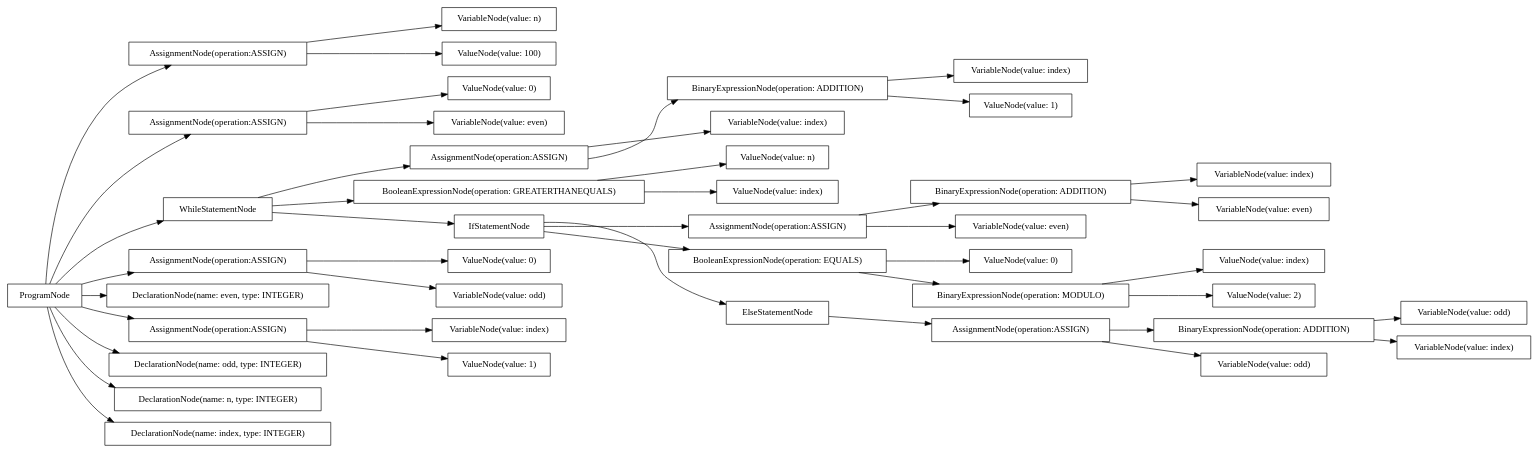
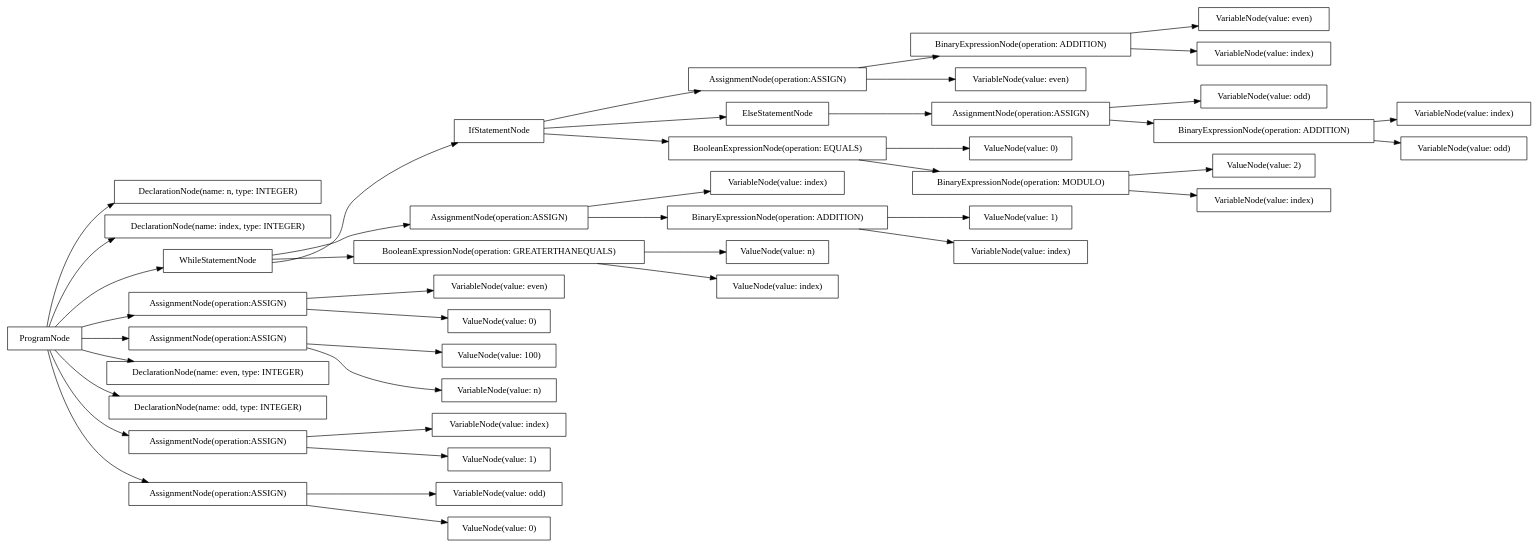
Before and after one commit to AtLeastITry/ANTLR-Python-Compiler: the diagram in src/output/dot/odd_even.dot, drawn with Graphviz. The commit also changed 10 other files, not shown here.

```diff
--- a/src/output/dot/odd_even.dot
+++ b/src/output/dot/odd_even.dot
@@ -1,88 +1,88 @@
 digraph G {
 rankdir=LR
-"753dfb2f-620b-42c6-a9d7-91268373e91d" [label="ValueNode(value: 0)" shape="box"];
-"4cf6f9d4-3da2-4162-85f4-f4a85956876c" [label="AssignmentNode(operation:ASSIGN)" shape="box"];
-"47fc939d-7273-4977-954e-30584877de81" [label="AssignmentNode(operation:ASSIGN)" shape="box"];
-"773d7a74-64db-48f8-aa7b-1a348060a783" [label="AssignmentNode(operation:ASSIGN)" shape="box"];
-"0b7415dc-db29-449b-9845-3e569f58e4d8" [label="VariableNode(value: index)" shape="box"];
-"9357bfbb-cac6-4e10-b80b-9eadad3155a4" [label="AssignmentNode(operation:ASSIGN)" shape="box"];
-"30ff0f3e-0ece-4df1-ad61-7bb810f99b94" [label="ValueNode(value: 0)" shape="box"];
-"af0234cf-3f51-457c-8fdb-8ffb889695dc" [label="WhileStatementNode" shape="box"];
-"ce6f2fc8-8729-436d-a88f-3a134beac519" [label="VariableNode(value: odd)" shape="box"];
-"28de2c49-8ba6-49df-ada4-3b997a7be4e5" [label="AssignmentNode(operation:ASSIGN)" shape="box"];
-"dbf66f4a-32f4-44d8-a51a-9a4fdb7111e6" [label="BinaryExpressionNode(operation: ADDITION)" shape="box"];
-"589eba7e-d633-4c3c-849c-5d12bdfb020f" [label="BinaryExpressionNode(operation: ADDITION)" shape="box"];
-"089a469b-e0bc-401a-806d-edad80e32f92" [label="AssignmentNode(operation:ASSIGN)" shape="box"];
-"fc1a16c2-6821-4322-97b3-eafcff443948" [label="ValueNode(value: n)" shape="box"];
-"58cc89b1-7d33-415e-a6bc-0b2bfecffa91" [label="ValueNode(value: index)" shape="box"];
-"183c74fe-2860-4af3-a642-77ec7a7fef1a" [label="ProgramNode" shape="box"];
-"c4ba3ade-bf66-4bcd-a299-d5367df56649" [label="DeclarationNode(name: even, type: INTEGER)" shape="box"];
-"9911709b-2c67-4142-a8dd-169b40601b94" [label="ValueNode(value: index)" shape="box"];
-"6eb0c24d-06ce-4223-8437-9da229c6909d" [label="BooleanExpressionNode(operation: GREATERTHANEQUALS)" shape="box"];
-"3f8842bf-5236-4f2b-b885-dad0e8d539b4" [label="IfStatementNode" shape="box"];
-"e69c4107-1d78-4855-990c-6e8a46cb3ee4" [label="VariableNode(value: odd)" shape="box"];
-"65042a74-4a1a-4ac9-b115-6c72d5520cb7" [label="AssignmentNode(operation:ASSIGN)" shape="box"];
-"643d0d66-bcf2-497d-b6b0-c0ee6a32d019" [label="VariableNode(value: index)" shape="box"];
-"707f5cdf-a01f-4434-9d32-6add8a7f2fba" [label="ValueNode(value: 2)" shape="box"];
-"a767d9a7-1128-455a-a61d-79d978cdd91f" [label="VariableNode(value: n)" shape="box"];
-"31bde8a9-9330-4aff-93e7-7a51b9d68b1e" [label="DeclarationNode(name: odd, type: INTEGER)" shape="box"];
-"aef4ed66-40d2-44ac-bf04-76fecc7b49c5" [label="BooleanExpressionNode(operation: EQUALS)" shape="box"];
-"10aac1ec-1829-4676-8026-cfc72c3390a2" [label="ValueNode(value: 1)" shape="box"];
-"1b419b58-beaa-4fc1-ba9f-92dbe2d298ce" [label="BinaryExpressionNode(operation: MODULO)" shape="box"];
-"735dffdd-f8f8-4332-8fb7-11ebcad6f8aa" [label="BinaryExpressionNode(operation: ADDITION)" shape="box"];
-"e0e64e8b-c363-442e-b3c4-d32e42ff985e" [label="DeclarationNode(name: n, type: INTEGER)" shape="box"];
-"e3ef9c52-f1a4-4555-a483-06a45983b603" [label="DeclarationNode(name: index, type: INTEGER)" shape="box"];
-"e4d84f3a-6aee-41ec-9e3d-f76e4b6b27f5" [label="ValueNode(value: 100)" shape="box"];
-"2b8891c6-f699-4b7d-9ffc-0270f8ae99e5" [label="ElseStatementNode" shape="box"];
-"18e1b9bf-3e61-466e-bf6b-86c1c0de0257" [label="VariableNode(value: index)" shape="box"];
-"e6f5c821-e38d-4c52-889c-c7db30057dfa" [label="ValueNode(value: 0)" shape="box"];
-"c30ddf3b-ca30-4efe-a760-66037cebc904" [label="VariableNode(value: index)" shape="box"];
-"8e38118c-b137-41ac-82e4-c013c7f1521c" [label="ValueNode(value: 1)" shape="box"];
-"3bcb4b8f-152c-4f56-81d0-7310501f8999" [label="VariableNode(value: even)" shape="box"];
-"c9c58b15-3268-48ff-9fd6-4a165b71d38f" [label="VariableNode(value: even)" shape="box"];
-"fa253ea8-26b2-4c3b-a002-ba1ea518e93d" [label="VariableNode(value: even)" shape="box"];
-"a6f455ea-1059-4811-aa4e-15bd961e2b05" [label="VariableNode(value: index)" shape="box"];
-"ab5d8179-ee67-46e2-a555-ff078ca984a5" [label="VariableNode(value: odd)" shape="box"];
-"183c74fe-2860-4af3-a642-77ec7a7fef1a" -> "e0e64e8b-c363-442e-b3c4-d32e42ff985e";
-"183c74fe-2860-4af3-a642-77ec7a7fef1a" -> "31bde8a9-9330-4aff-93e7-7a51b9d68b1e";
-"183c74fe-2860-4af3-a642-77ec7a7fef1a" -> "c4ba3ade-bf66-4bcd-a299-d5367df56649";
-"183c74fe-2860-4af3-a642-77ec7a7fef1a" -> "e3ef9c52-f1a4-4555-a483-06a45983b603";
-"183c74fe-2860-4af3-a642-77ec7a7fef1a" -> "47fc939d-7273-4977-954e-30584877de81";
-"47fc939d-7273-4977-954e-30584877de81" -> "a767d9a7-1128-455a-a61d-79d978cdd91f";
-"47fc939d-7273-4977-954e-30584877de81" -> "e4d84f3a-6aee-41ec-9e3d-f76e4b6b27f5";
-"183c74fe-2860-4af3-a642-77ec7a7fef1a" -> "089a469b-e0bc-401a-806d-edad80e32f92";
-"089a469b-e0bc-401a-806d-edad80e32f92" -> "ce6f2fc8-8729-436d-a88f-3a134beac519";
-"089a469b-e0bc-401a-806d-edad80e32f92" -> "30ff0f3e-0ece-4df1-ad61-7bb810f99b94";
-"183c74fe-2860-4af3-a642-77ec7a7fef1a" -> "773d7a74-64db-48f8-aa7b-1a348060a783";
-"773d7a74-64db-48f8-aa7b-1a348060a783" -> "c9c58b15-3268-48ff-9fd6-4a165b71d38f";
-"773d7a74-64db-48f8-aa7b-1a348060a783" -> "e6f5c821-e38d-4c52-889c-c7db30057dfa";
-"183c74fe-2860-4af3-a642-77ec7a7fef1a" -> "65042a74-4a1a-4ac9-b115-6c72d5520cb7";
-"65042a74-4a1a-4ac9-b115-6c72d5520cb7" -> "643d0d66-bcf2-497d-b6b0-c0ee6a32d019";
-"65042a74-4a1a-4ac9-b115-6c72d5520cb7" -> "10aac1ec-1829-4676-8026-cfc72c3390a2";
-"183c74fe-2860-4af3-a642-77ec7a7fef1a" -> "af0234cf-3f51-457c-8fdb-8ffb889695dc";
-"af0234cf-3f51-457c-8fdb-8ffb889695dc" -> "6eb0c24d-06ce-4223-8437-9da229c6909d";
-"6eb0c24d-06ce-4223-8437-9da229c6909d" -> "9911709b-2c67-4142-a8dd-169b40601b94";
-"6eb0c24d-06ce-4223-8437-9da229c6909d" -> "fc1a16c2-6821-4322-97b3-eafcff443948";
-"af0234cf-3f51-457c-8fdb-8ffb889695dc" -> "3f8842bf-5236-4f2b-b885-dad0e8d539b4";
-"3f8842bf-5236-4f2b-b885-dad0e8d539b4" -> "aef4ed66-40d2-44ac-bf04-76fecc7b49c5";
-"aef4ed66-40d2-44ac-bf04-76fecc7b49c5" -> "1b419b58-beaa-4fc1-ba9f-92dbe2d298ce";
-"1b419b58-beaa-4fc1-ba9f-92dbe2d298ce" -> "58cc89b1-7d33-415e-a6bc-0b2bfecffa91";
-"1b419b58-beaa-4fc1-ba9f-92dbe2d298ce" -> "707f5cdf-a01f-4434-9d32-6add8a7f2fba";
-"aef4ed66-40d2-44ac-bf04-76fecc7b49c5" -> "753dfb2f-620b-42c6-a9d7-91268373e91d";
-"3f8842bf-5236-4f2b-b885-dad0e8d539b4" -> "4cf6f9d4-3da2-4162-85f4-f4a85956876c";
-"4cf6f9d4-3da2-4162-85f4-f4a85956876c" -> "3bcb4b8f-152c-4f56-81d0-7310501f8999";
-"4cf6f9d4-3da2-4162-85f4-f4a85956876c" -> "735dffdd-f8f8-4332-8fb7-11ebcad6f8aa";
-"735dffdd-f8f8-4332-8fb7-11ebcad6f8aa" -> "fa253ea8-26b2-4c3b-a002-ba1ea518e93d";
-"735dffdd-f8f8-4332-8fb7-11ebcad6f8aa" -> "0b7415dc-db29-449b-9845-3e569f58e4d8";
-"3f8842bf-5236-4f2b-b885-dad0e8d539b4" -> "2b8891c6-f699-4b7d-9ffc-0270f8ae99e5";
-"2b8891c6-f699-4b7d-9ffc-0270f8ae99e5" -> "9357bfbb-cac6-4e10-b80b-9eadad3155a4";
-"9357bfbb-cac6-4e10-b80b-9eadad3155a4" -> "ab5d8179-ee67-46e2-a555-ff078ca984a5";
-"9357bfbb-cac6-4e10-b80b-9eadad3155a4" -> "589eba7e-d633-4c3c-849c-5d12bdfb020f";
-"589eba7e-d633-4c3c-849c-5d12bdfb020f" -> "e69c4107-1d78-4855-990c-6e8a46cb3ee4";
-"589eba7e-d633-4c3c-849c-5d12bdfb020f" -> "a6f455ea-1059-4811-aa4e-15bd961e2b05";
-"af0234cf-3f51-457c-8fdb-8ffb889695dc" -> "28de2c49-8ba6-49df-ada4-3b997a7be4e5";
-"28de2c49-8ba6-49df-ada4-3b997a7be4e5" -> "18e1b9bf-3e61-466e-bf6b-86c1c0de0257";
-"28de2c49-8ba6-49df-ada4-3b997a7be4e5" -> "dbf66f4a-32f4-44d8-a51a-9a4fdb7111e6";
-"dbf66f4a-32f4-44d8-a51a-9a4fdb7111e6" -> "c30ddf3b-ca30-4efe-a760-66037cebc904";
-"dbf66f4a-32f4-44d8-a51a-9a4fdb7111e6" -> "8e38118c-b137-41ac-82e4-c013c7f1521c";
+"51027e5a-5bbe-4a8c-aa03-a2054ee14d0f" [label="VariableNode(value: even)" shape="box"];
+"e5897566-09a8-4f3e-b6b1-f3f603f1538b" [label="ValueNode(value: 100)" shape="box"];
+"036f29e9-cecb-4df5-8245-bec7aa9a5be4" [label="IfStatementNode" shape="box"];
+"70035fd2-bbe2-41eb-a2e6-7383d2222e5b" [label="AssignmentNode(operation:ASSIGN)" shape="box"];
+"5f6a53ec-e62f-4b10-9dd8-b9960757c765" [label="AssignmentNode(operation:ASSIGN)" shape="box"];
+"0099ae14-61c1-4aaa-aee8-fba6a2b72a19" [label="ValueNode(value: 1)" shape="box"];
+"74683233-2a21-4432-9c46-ca7c6e4f24b5" [label="DeclarationNode(name: n, type: INTEGER)" shape="box"];
+"432f1721-0ad4-4221-9f8a-4b59741bf83b" [label="VariableNode(value: odd)" shape="box"];
+"b2914016-ba28-486a-ae07-a38629ed2060" [label="VariableNode(value: odd)" shape="box"];
+"0b19b4a3-37c5-4e0c-b52f-dbc17988da9c" [label="ValueNode(value: 2)" shape="box"];
+"f1421835-3d05-47d2-aaf5-ee6d9d58f32a" [label="VariableNode(value: index)" shape="box"];
+"6c0669bc-4300-4f01-b806-24c25ea41fd0" [label="VariableNode(value: index)" shape="box"];
+"16e4ed10-a78c-4a02-ad67-027571b2f794" [label="DeclarationNode(name: index, type: INTEGER)" shape="box"];
+"5ea20102-1c0c-49a3-b77f-3ac731f85cdf" [label="ProgramNode" shape="box"];
+"d8264bf7-f72c-41f1-8559-907c21b5c8cc" [label="ValueNode(value: 0)" shape="box"];
+"be92bf9b-542c-47c7-b7ce-12ce7303e1f5" [label="WhileStatementNode" shape="box"];
+"656de1c9-f5a0-4f98-a3ee-4c6ffbfc6f76" [label="VariableNode(value: index)" shape="box"];
+"dba97dae-6613-40ee-ac02-7db4d65c7909" [label="AssignmentNode(operation:ASSIGN)" shape="box"];
+"6a6de936-5693-4e33-af45-07bea85912c0" [label="VariableNode(value: index)" shape="box"];
+"ccef8d8c-abf6-491f-94a8-7b6d6e1e908f" [label="AssignmentNode(operation:ASSIGN)" shape="box"];
+"3ba8c345-5afb-46db-99bf-4945b035329d" [label="DeclarationNode(name: even, type: INTEGER)" shape="box"];
+"e2290a21-016c-44c3-a35b-fd079e5d0546" [label="VariableNode(value: even)" shape="box"];
+"cd240ce9-eab5-4ce7-ba0c-ba51ec46ea24" [label="VariableNode(value: index)" shape="box"];
+"97975bcf-969c-4166-810e-5d4743aa0e20" [label="VariableNode(value: n)" shape="box"];
+"6dd797cc-300d-43a2-94b8-2f4a80f04412" [label="ValueNode(value: n)" shape="box"];
+"2c7b98f0-f09d-48a6-91c7-8a2cf45950a6" [label="VariableNode(value: index)" shape="box"];
+"e1a83c01-78cd-4bd0-8646-8b268b9a92ea" [label="VariableNode(value: odd)" shape="box"];
+"b3be8001-ad6f-45f0-82d8-340a32815497" [label="BinaryExpressionNode(operation: ADDITION)" shape="box"];
+"d0abfb2f-406c-4746-98ad-2fb5ea35a0a5" [label="ValueNode(value: index)" shape="box"];
+"18eff962-03a5-44b2-8447-434e4776b6c2" [label="AssignmentNode(operation:ASSIGN)" shape="box"];
+"0af89300-3bea-44c7-a4dc-e4354d72d866" [label="ValueNode(value: 1)" shape="box"];
+"c6ce1a31-ac1b-4128-9386-ca8d8cddfab2" [label="ElseStatementNode" shape="box"];
+"91659f4b-b5cd-492f-8619-50bfb8ba70fc" [label="ValueNode(value: 0)" shape="box"];
+"5e811e5a-9135-429e-9496-1a0aef4d2c4f" [label="ValueNode(value: 0)" shape="box"];
+"e2ca7bcf-58be-4e10-ba3b-ad8d0e00e6b2" [label="DeclarationNode(name: odd, type: INTEGER)" shape="box"];
+"2c40527f-b2ce-4944-8307-e8a7b0c857b2" [label="BooleanExpressionNode(operation: EQUALS)" shape="box"];
+"957b19d5-09d4-4cd8-a93f-71e92c988b9f" [label="BinaryExpressionNode(operation: ADDITION)" shape="box"];
+"65bfe337-ccd3-4b59-a877-97768e21ff56" [label="AssignmentNode(operation:ASSIGN)" shape="box"];
+"5d559fcc-3a28-40d3-b012-235053dab3ce" [label="BooleanExpressionNode(operation: GREATERTHANEQUALS)" shape="box"];
+"13e930b2-dc71-4f80-a989-29347ed9de37" [label="AssignmentNode(operation:ASSIGN)" shape="box"];
+"c12cebab-aa2a-4338-824f-6ca9e756419e" [label="BinaryExpressionNode(operation: MODULO)" shape="box"];
+"434fbb24-3626-4c6d-8ebd-3e9f3b320e8c" [label="BinaryExpressionNode(operation: ADDITION)" shape="box"];
+"006f724c-042e-48de-ae83-f58013263a4b" [label="VariableNode(value: even)" shape="box"];
+"5ea20102-1c0c-49a3-b77f-3ac731f85cdf" -> "74683233-2a21-4432-9c46-ca7c6e4f24b5";
+"5ea20102-1c0c-49a3-b77f-3ac731f85cdf" -> "e2ca7bcf-58be-4e10-ba3b-ad8d0e00e6b2";
+"5ea20102-1c0c-49a3-b77f-3ac731f85cdf" -> "3ba8c345-5afb-46db-99bf-4945b035329d";
+"5ea20102-1c0c-49a3-b77f-3ac731f85cdf" -> "16e4ed10-a78c-4a02-ad67-027571b2f794";
+"5ea20102-1c0c-49a3-b77f-3ac731f85cdf" -> "ccef8d8c-abf6-491f-94a8-7b6d6e1e908f";
+"ccef8d8c-abf6-491f-94a8-7b6d6e1e908f" -> "97975bcf-969c-4166-810e-5d4743aa0e20";
+"ccef8d8c-abf6-491f-94a8-7b6d6e1e908f" -> "e5897566-09a8-4f3e-b6b1-f3f603f1538b";
+"5ea20102-1c0c-49a3-b77f-3ac731f85cdf" -> "13e930b2-dc71-4f80-a989-29347ed9de37";
+"13e930b2-dc71-4f80-a989-29347ed9de37" -> "b2914016-ba28-486a-ae07-a38629ed2060";
+"13e930b2-dc71-4f80-a989-29347ed9de37" -> "5e811e5a-9135-429e-9496-1a0aef4d2c4f";
+"5ea20102-1c0c-49a3-b77f-3ac731f85cdf" -> "dba97dae-6613-40ee-ac02-7db4d65c7909";
+"dba97dae-6613-40ee-ac02-7db4d65c7909" -> "e2290a21-016c-44c3-a35b-fd079e5d0546";
+"dba97dae-6613-40ee-ac02-7db4d65c7909" -> "91659f4b-b5cd-492f-8619-50bfb8ba70fc";
+"5ea20102-1c0c-49a3-b77f-3ac731f85cdf" -> "65bfe337-ccd3-4b59-a877-97768e21ff56";
+"65bfe337-ccd3-4b59-a877-97768e21ff56" -> "6a6de936-5693-4e33-af45-07bea85912c0";
+"65bfe337-ccd3-4b59-a877-97768e21ff56" -> "0af89300-3bea-44c7-a4dc-e4354d72d866";
+"5ea20102-1c0c-49a3-b77f-3ac731f85cdf" -> "be92bf9b-542c-47c7-b7ce-12ce7303e1f5";
+"be92bf9b-542c-47c7-b7ce-12ce7303e1f5" -> "5d559fcc-3a28-40d3-b012-235053dab3ce";
+"5d559fcc-3a28-40d3-b012-235053dab3ce" -> "d0abfb2f-406c-4746-98ad-2fb5ea35a0a5";
+"5d559fcc-3a28-40d3-b012-235053dab3ce" -> "6dd797cc-300d-43a2-94b8-2f4a80f04412";
+"be92bf9b-542c-47c7-b7ce-12ce7303e1f5" -> "036f29e9-cecb-4df5-8245-bec7aa9a5be4";
+"036f29e9-cecb-4df5-8245-bec7aa9a5be4" -> "2c40527f-b2ce-4944-8307-e8a7b0c857b2";
+"2c40527f-b2ce-4944-8307-e8a7b0c857b2" -> "c12cebab-aa2a-4338-824f-6ca9e756419e";
+"c12cebab-aa2a-4338-824f-6ca9e756419e" -> "f1421835-3d05-47d2-aaf5-ee6d9d58f32a";
+"c12cebab-aa2a-4338-824f-6ca9e756419e" -> "0b19b4a3-37c5-4e0c-b52f-dbc17988da9c";
+"2c40527f-b2ce-4944-8307-e8a7b0c857b2" -> "d8264bf7-f72c-41f1-8559-907c21b5c8cc";
+"036f29e9-cecb-4df5-8245-bec7aa9a5be4" -> "18eff962-03a5-44b2-8447-434e4776b6c2";
+"18eff962-03a5-44b2-8447-434e4776b6c2" -> "006f724c-042e-48de-ae83-f58013263a4b";
+"18eff962-03a5-44b2-8447-434e4776b6c2" -> "434fbb24-3626-4c6d-8ebd-3e9f3b320e8c";
+"434fbb24-3626-4c6d-8ebd-3e9f3b320e8c" -> "51027e5a-5bbe-4a8c-aa03-a2054ee14d0f";
+"434fbb24-3626-4c6d-8ebd-3e9f3b320e8c" -> "2c7b98f0-f09d-48a6-91c7-8a2cf45950a6";
+"036f29e9-cecb-4df5-8245-bec7aa9a5be4" -> "c6ce1a31-ac1b-4128-9386-ca8d8cddfab2";
+"c6ce1a31-ac1b-4128-9386-ca8d8cddfab2" -> "70035fd2-bbe2-41eb-a2e6-7383d2222e5b";
+"70035fd2-bbe2-41eb-a2e6-7383d2222e5b" -> "432f1721-0ad4-4221-9f8a-4b59741bf83b";
+"70035fd2-bbe2-41eb-a2e6-7383d2222e5b" -> "957b19d5-09d4-4cd8-a93f-71e92c988b9f";
+"957b19d5-09d4-4cd8-a93f-71e92c988b9f" -> "e1a83c01-78cd-4bd0-8646-8b268b9a92ea";
+"957b19d5-09d4-4cd8-a93f-71e92c988b9f" -> "6c0669bc-4300-4f01-b806-24c25ea41fd0";
+"be92bf9b-542c-47c7-b7ce-12ce7303e1f5" -> "5f6a53ec-e62f-4b10-9dd8-b9960757c765";
+"5f6a53ec-e62f-4b10-9dd8-b9960757c765" -> "656de1c9-f5a0-4f98-a3ee-4c6ffbfc6f76";
+"5f6a53ec-e62f-4b10-9dd8-b9960757c765" -> "b3be8001-ad6f-45f0-82d8-340a32815497";
+"b3be8001-ad6f-45f0-82d8-340a32815497" -> "cd240ce9-eab5-4ce7-ba0c-ba51ec46ea24";
+"b3be8001-ad6f-45f0-82d8-340a32815497" -> "0099ae14-61c1-4aaa-aee8-fba6a2b72a19";
 }
```
